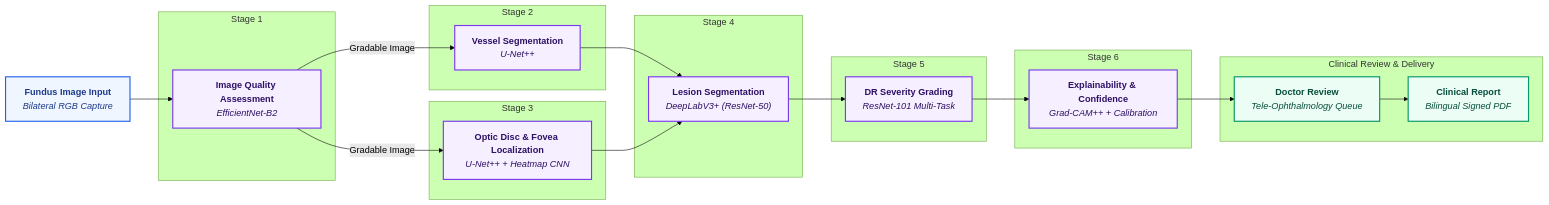
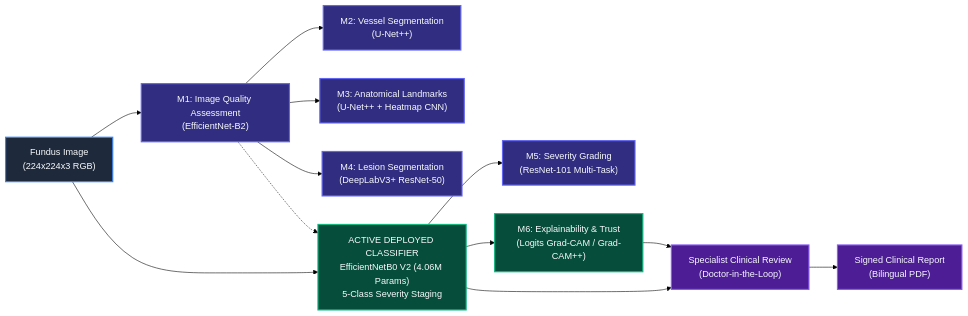
The second of 4 diagrams in README.md (SudarshanSingh1/DR-Screening-System), drawn with Mermaid (forest theme) before and after one commit. The commit also changed other lines of this file, not shown here.

````diff
--- a/README.md
+++ b/README.md
@@ -236,51 +226,22 @@
 ```mermaid
 flowchart LR
-    IN["<b>Fundus Image Input</b><br/><i>Bilateral RGB Capture</i>"]
+    classDef input fill:#1e293b,stroke:#3b82f6,stroke-width:2px,color:#f8fafc;
+    classDef active fill:#064e3b,stroke:#10b981,stroke-width:2px,color:#f8fafc;
+    classDef research fill:#312e81,stroke:#6366f1,stroke-width:2px,color:#f8fafc;
+    classDef clinical fill:#4c1d95,stroke:#8b5cf6,stroke-width:2px,color:#f8fafc;
+
+    IN["Fundus Image<br/>(224x224x3 RGB)"]:::input --> M1["M1: Image Quality Assessment<br/>(EfficientNet-B2)"]:::research
+    M1 --> M2["M2: Vessel Segmentation<br/>(U-Net++)"]:::research
+    M1 --> M3["M3: Anatomical Landmarks<br/>(U-Net++ + Heatmap CNN)"]:::research
+    M1 --> M4["M4: Lesion Segmentation<br/>(DeepLabV3+ ResNet-50)"]:::research
     
-    subgraph S1 ["Stage 1"]
-        M1["<b>Image Quality Assessment</b><br/><i>EfficientNet-B2</i>"]
-    end
-
-    subgraph S2 ["Stage 2"]
-        M2["<b>Vessel Segmentation</b><br/><i>U-Net++</i>"]
-    end
-
-    subgraph S3 ["Stage 3"]
-        M3["<b>Optic Disc & Fovea Localization</b><br/><i>U-Net++ + Heatmap CNN</i>"]
-    end
-
-    subgraph S4 ["Stage 4"]
-        M4["<b>Lesion Segmentation</b><br/><i>DeepLabV3+ (ResNet-50)</i>"]
-    end
-
-    subgraph S5 ["Stage 5"]
-        M5["<b>DR Severity Grading</b><br/><i>ResNet-101 Multi-Task</i>"]
-    end
-
-    subgraph S6 ["Stage 6"]
-        M6["<b>Explainability & Confidence</b><br/><i>Grad-CAM++ + Calibration</i>"]
-    end
-
-    subgraph CLINICAL ["Clinical Review & Delivery"]
-        DOC["<b>Doctor Review</b><br/><i>Tele-Ophthalmology Queue</i>"]
-        REP["<b>Clinical Report</b><br/><i>Bilingual Signed PDF</i>"]
-    end
-
-    IN --> M1
-    M1 -->|Gradable Image| M2
-    M1 -->|Gradable Image| M3
-    M2 --> M4
-    M3 --> M4
-    M4 --> M5
-    M5 --> M6
-    M6 --> DOC
-    DOC --> REP
-
-    classDef input fill:#eff6ff,stroke:#2563eb,stroke-width:2px,color:#1e3a8a;
-    classDef stage fill:#f5efff,stroke:#7c3aed,stroke-width:2px,color:#2e1065;
-    classDef clinical fill:#ecfdf5,stroke:#059669,stroke-width:2px,color:#064e3b;
-
-    class IN input;
-    class M1,M2,M3,M4,M5,M6 stage;
-    class DOC,REP clinical;
+    IN --> ACT["ACTIVE DEPLOYED CLASSIFIER<br/>EfficientNetB0 V2 (4.06M Params)<br/>5-Class Severity Staging"]:::active
+    M1 -.-> ACT
+    
+    ACT --> M5["M5: Severity Grading<br/>(ResNet-101 Multi-Task)"]:::research
+    ACT --> M6["M6: Explainability & Trust<br/>(Logits Grad-CAM / Grad-CAM++)"]:::active
+    
+    ACT --> REV["Specialist Clinical Review<br/>(Doctor-in-the-Loop)"]:::clinical
+    M6 --> REV
+    REV --> REP["Signed Clinical Report<br/>(Bilingual PDF)"]:::clinical
 ```
````
